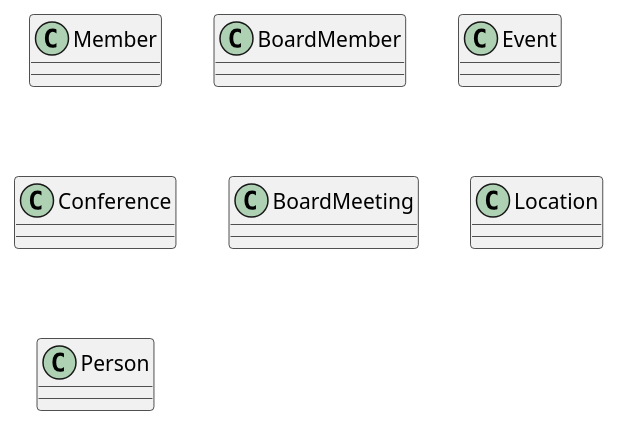
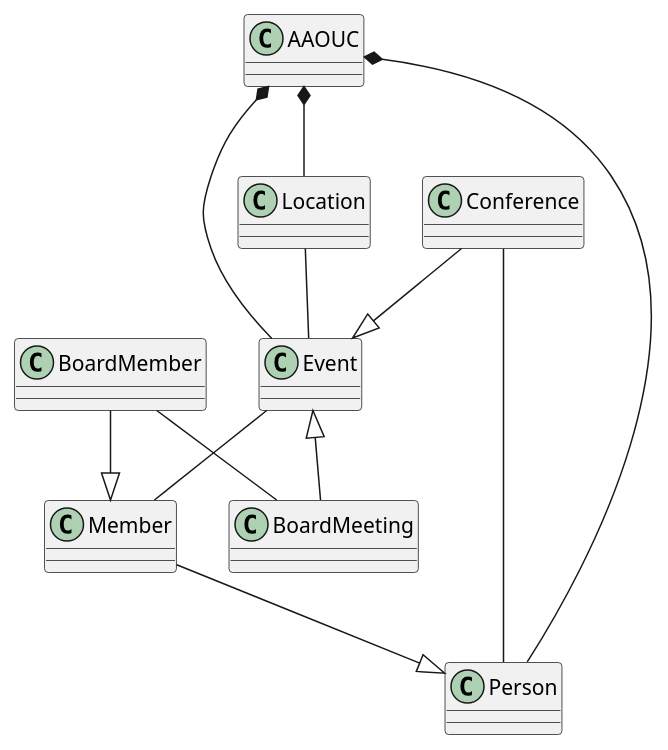
Before and after one commit to Carlosmanuelpre/PLANumlCarlosPerez: the diagram in src/plantUMLCarlosPerez.puml, drawn with PlantUML.

Commit message:
Apartado 2, he hecho la union de algunas de las clases segun la jerarquia que pide en el apartado.
He unido las mismas clases que salen unidas en este apartado peo la imagen es distinta, en mi imagen se ve de forma mas liosa, pero he unido lo mismo

```diff
--- a/src/plantUMLCarlosPerez.puml
+++ b/src/plantUMLCarlosPerez.puml
@@ -1,26 +1,43 @@
 @startuml
 class Member {
 }
 
 class BoardMember {
 
 }
 
 class Event {
 
 }
 
 class Conference {
 
 }
 
 class BoardMeeting {
 }
 
 class Location {
 
 }
 
 class Person {
 }
+
+class AAOUC {
+}
+
+Event <|-- BoardMeeting
+Conference --|> Event
+BoardMember --|> Member
+Member --|> Person
+Location -- Event
+Event -- Member
+Conference -- Person
+BoardMember -- BoardMeeting
+AAOUC *-- Event
+AAOUC *-- Location
+AAOUC *-- Person
+
+
 @enduml
```
